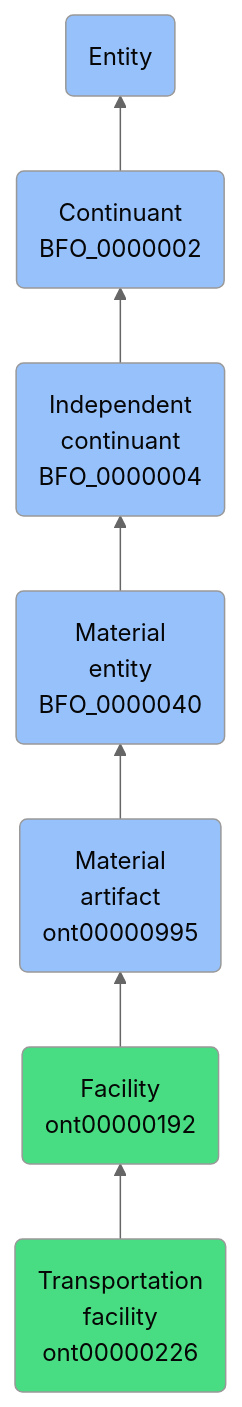
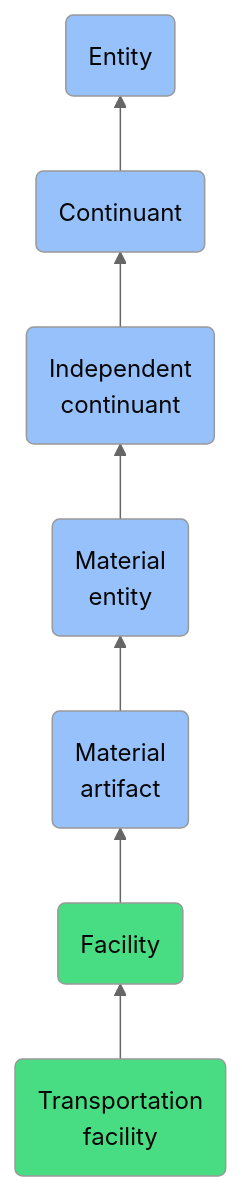
One commit to jupyter-naas/abi changed the diagram in docs/ontology/reference/model/Entity/Continuant/Independent continuant/Material entity/Material artifact/Facility/Transportation facility/Transportation facility.md. Above: the diagram before and after it, drawn with Mermaid (neutral theme). The commit also changed other lines of this file and 1430 other files, not shown here.

````diff
--- a/docs/ontology/reference/model/Entity/Continuant/Independent continuant/Material entity/Material artifact/Facility/Transportation facility/Transportation facility.md
+++ b/docs/ontology/reference/model/Entity/Continuant/Independent continuant/Material entity/Material artifact/Facility/Transportation facility/Transportation facility.md
@@ -24,14 +24,14 @@
 ```mermaid
 graph BT
-    ont00000226(Transportation<br>facility<br>ont00000226):::ABI-->ont00000192
-    ont00000192(Facility<br>ont00000192):::ABI-->ont00000995
-    ont00000995(Material<br>artifact<br>ont00000995):::BFO-->BFO_0000040
-    BFO_0000040(Material<br>entity<br>BFO_0000040):::BFO-->BFO_0000004
-    BFO_0000004(Independent<br>continuant<br>BFO_0000004):::BFO-->BFO_0000002
-    BFO_0000002(Continuant<br>BFO_0000002):::BFO-->BFO_0000001
+    ont00000226(Transportation<br>facility):::ABI-->ont00000192
+    ont00000192(Facility):::ABI-->ont00000995
+    ont00000995(Material<br>artifact):::BFO-->BFO_0000040
+    BFO_0000040(Material<br>entity):::BFO-->BFO_0000004
+    BFO_0000004(Independent<br>continuant):::BFO-->BFO_0000002
+    BFO_0000002(Continuant):::BFO-->BFO_0000001
     BFO_0000001(Entity):::BFO
     
     classDef BFO fill:#97c1fb,color:#060606
     classDef CCO fill:#e4c51e,color:#060606
     classDef ABI fill:#48DD82,color:#060606
 ```
````
